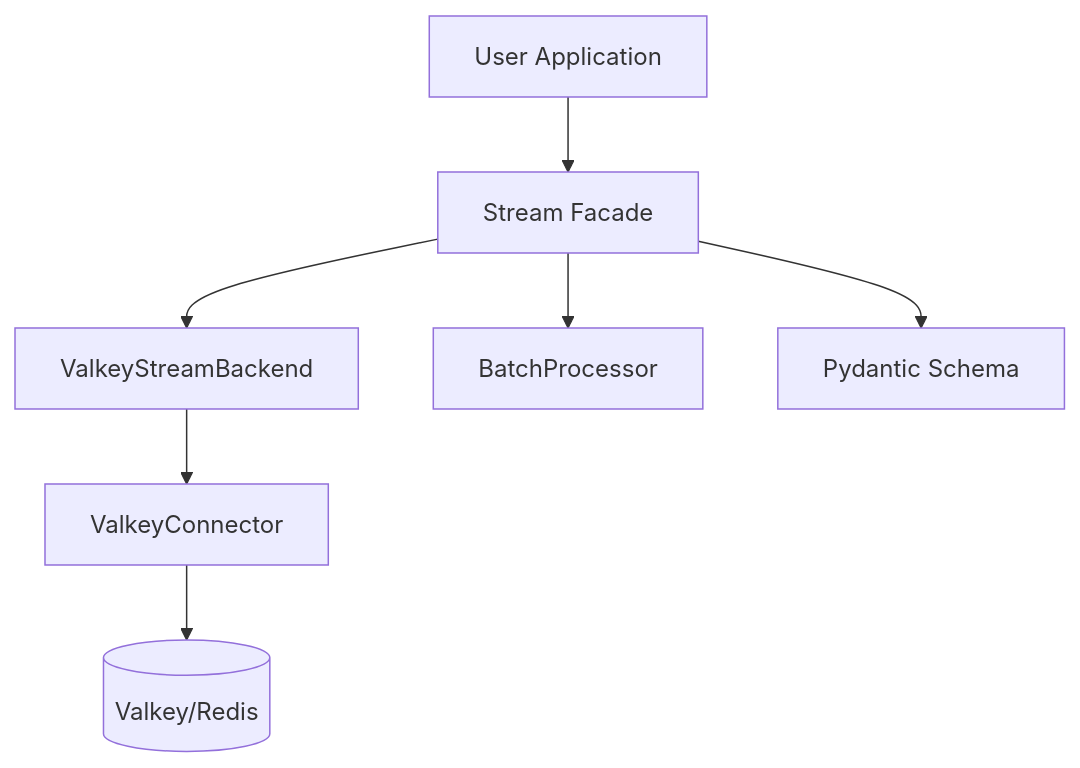
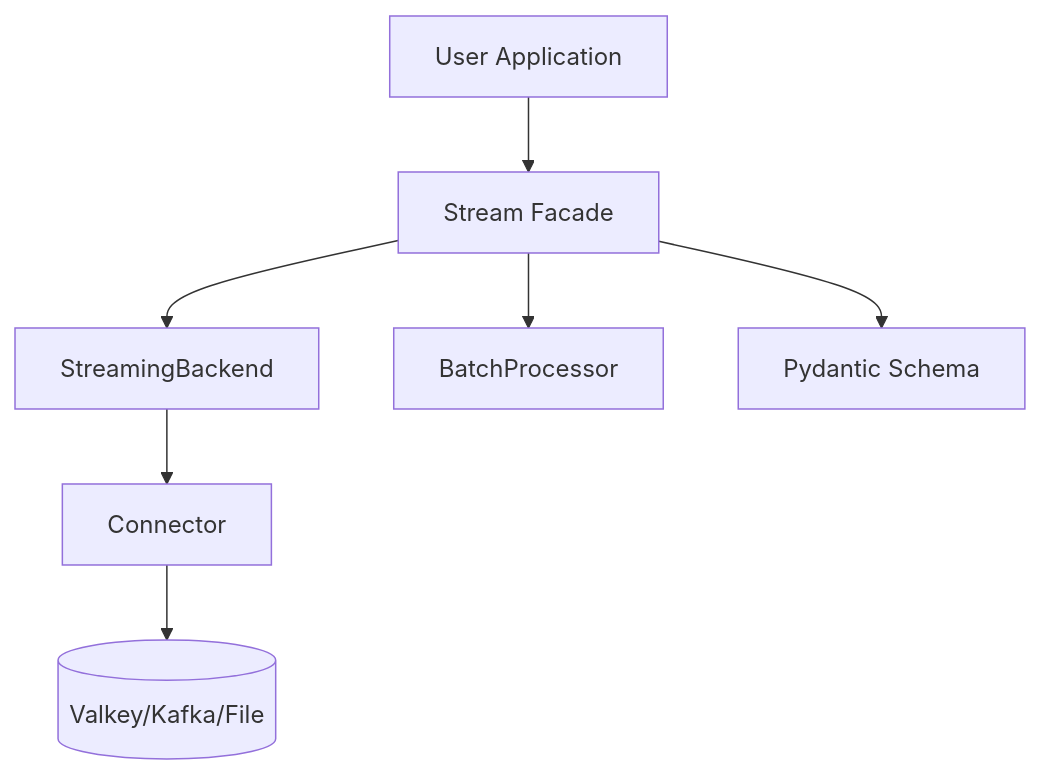
One commit to JosephMattHall/Python-Stream-Processing-Framework changed the diagram in docs/architecture.md. Above: the diagram before and after it, drawn with Mermaid. The commit also changed other lines of this file and 19 other files, not shown here.

````diff
--- a/docs/architecture.md
+++ b/docs/architecture.md
@@ -9,10 +9,10 @@
 ```mermaid
 graph TD
     UserCode[User Application] --> Stream[Stream Facade]
-    Stream --> Backend[ValkeyStreamBackend]
+    Stream --> Backend[StreamingBackend]
     Stream --> Processor[BatchProcessor]
     Stream --> Schema[Pydantic Schema]
     
-    Backend --> Connector[ValkeyConnector]
-    Connector --> DB[(Valkey/Redis)]
+    Backend --> Connector[Connector]
+    Connector --> DB[(Valkey/Kafka/File)]
 ```
````
